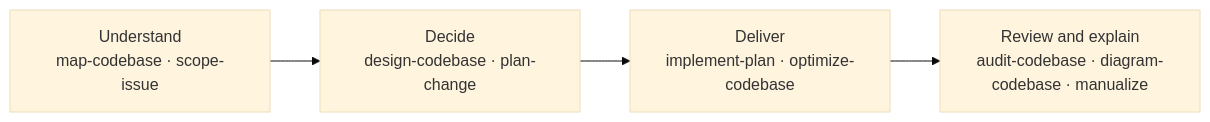
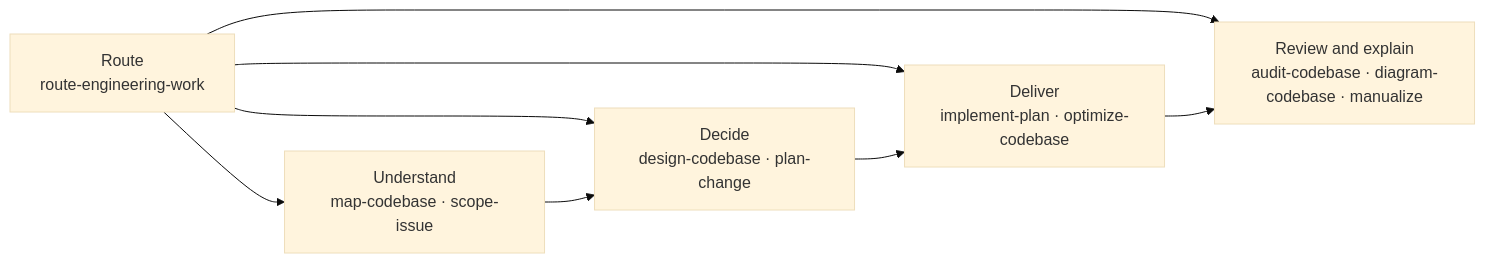
The diagram in README.md (akshay-diwadkar/skills), drawn with Mermaid (base theme) before and after one commit. The commit also changed other lines of this file and 17 other files, not shown here.

````diff
--- a/README.md
+++ b/README.md
@@ -49,9 +50,14 @@
 ```mermaid
 flowchart LR
+    R["Route<br/>route-engineering-work"]
     A["Understand<br/>map-codebase · scope-issue"]
     B["Decide<br/>design-codebase · plan-change"]
     C["Deliver<br/>implement-plan · optimize-codebase"]
     D["Review and explain<br/>audit-codebase · diagram-codebase · manualize"]
 
+    R --> A
+    R --> B
+    R --> C
+    R --> D
     A --> B --> C --> D
 ```
````
